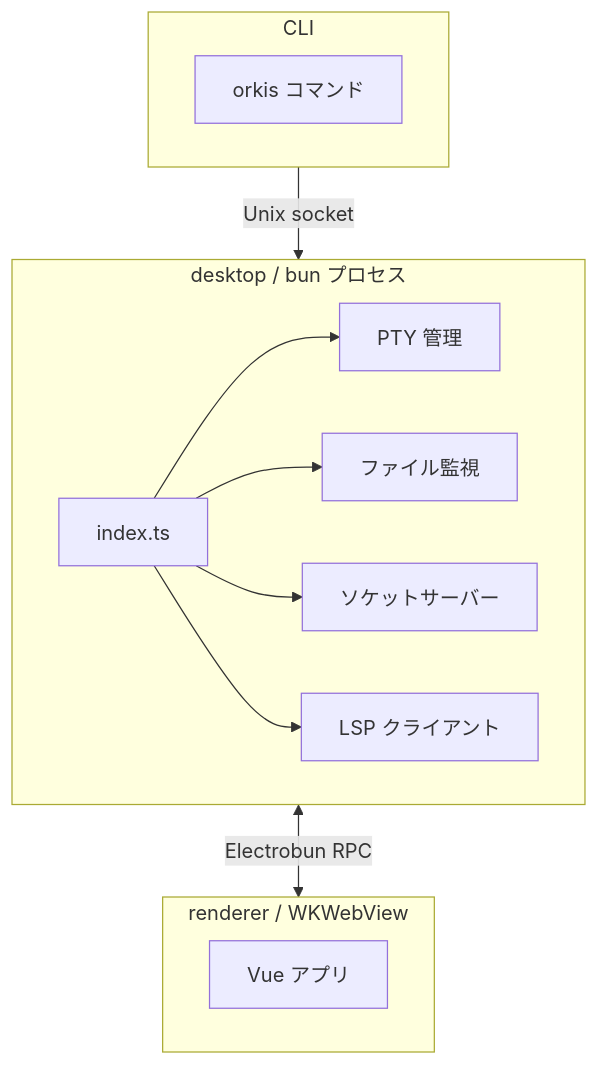
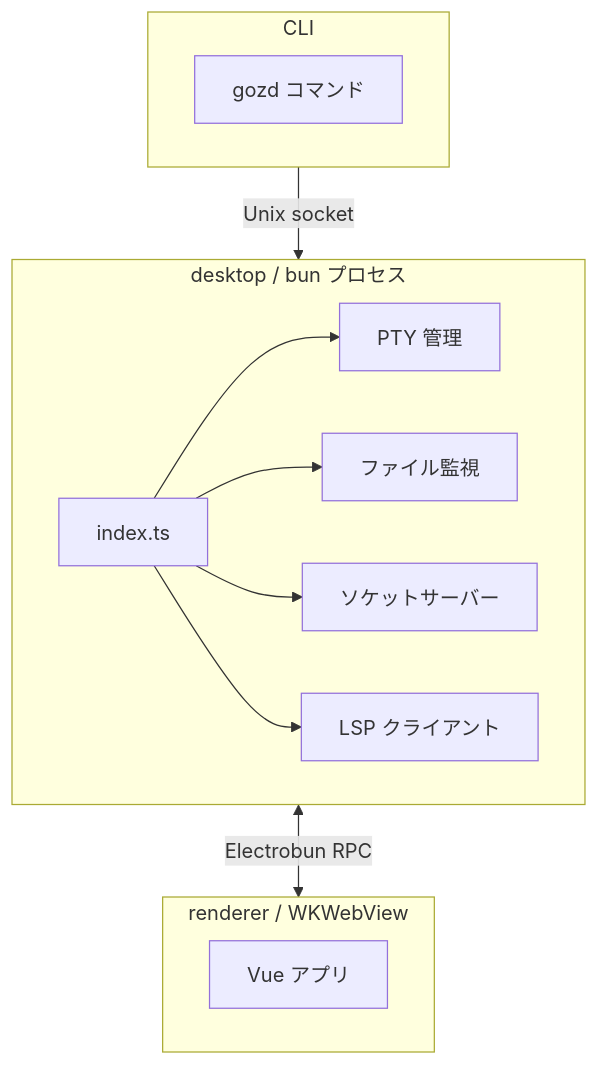
Before and after one commit to miyaoka/gozd: the diagram in docs/electrobun.md, drawn with Mermaid. The commit also changed other lines of this file and 60 other files, not shown here.

First line of the commit message:
rename(app): orkis から gozd にアプリケーション名をリネーム

````diff
--- a/docs/electrobun.md
+++ b/docs/electrobun.md
@@ -14,25 +14,25 @@
 ```mermaid
 flowchart TB
     subgraph desktop [desktop / bun プロセス]
         MAIN[index.ts]
         PTY[PTY 管理]
         WATCH[ファイル監視]
         SOCKET[ソケットサーバー]
         LSP[LSP クライアント]
         MAIN --> PTY
         MAIN --> WATCH
         MAIN --> SOCKET
         MAIN --> LSP
     end
 
     subgraph renderer [renderer / WKWebView]
         VUE[Vue アプリ]
     end
 
     subgraph cli [CLI]
-        ORKIS[orkis コマンド]
+        GOZD[gozd コマンド]
     end
 
     desktop <-->|Electrobun RPC| renderer
     cli -->|Unix socket| desktop
 ```
````
